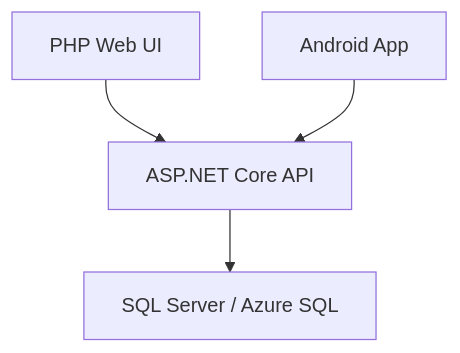
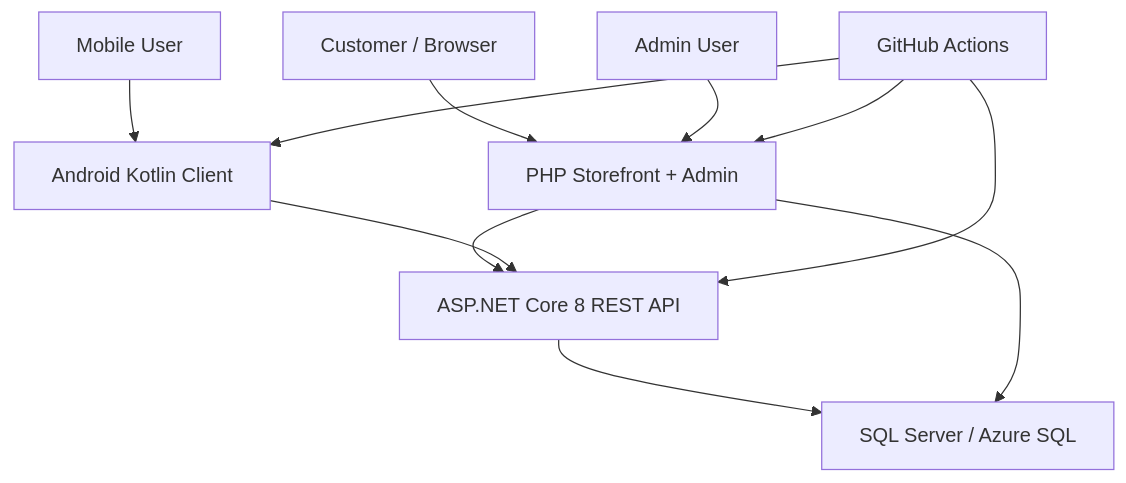
One commit to Yakup24/Elaro changed the diagram in docs/ARCHITECTURE.md. Above: the diagram before and after it, drawn with Mermaid. The commit also changed other lines of this file, not shown here.

Commit message:
docs: expand architecture with runtime boundaries

````diff
--- a/docs/ARCHITECTURE.md
+++ b/docs/ARCHITECTURE.md
@@ -5,6 +7,13 @@
 ```mermaid
 flowchart TD
-    Web["PHP Web UI"] --> Api["ASP.NET Core API"]
-    Mobile["Android App"] --> Api
+    Customer["Customer / Browser"] --> Web["PHP Storefront + Admin"]
+    MobileUser["Mobile User"] --> Android["Android Kotlin Client"]
+    Web --> Api["ASP.NET Core 8 REST API"]
+    Android --> Api
     Api --> Db["SQL Server / Azure SQL"]
+    Web --> Db
+    Admin["Admin User"] --> Web
+    CI["GitHub Actions"] --> Api
+    CI --> Web
+    CI --> Android
 ```
````
